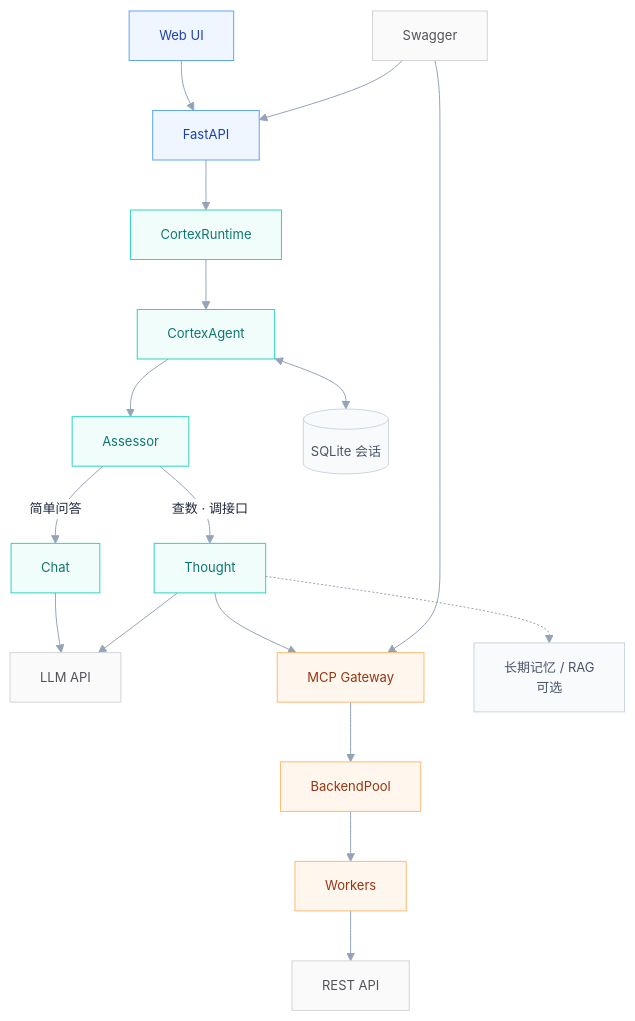
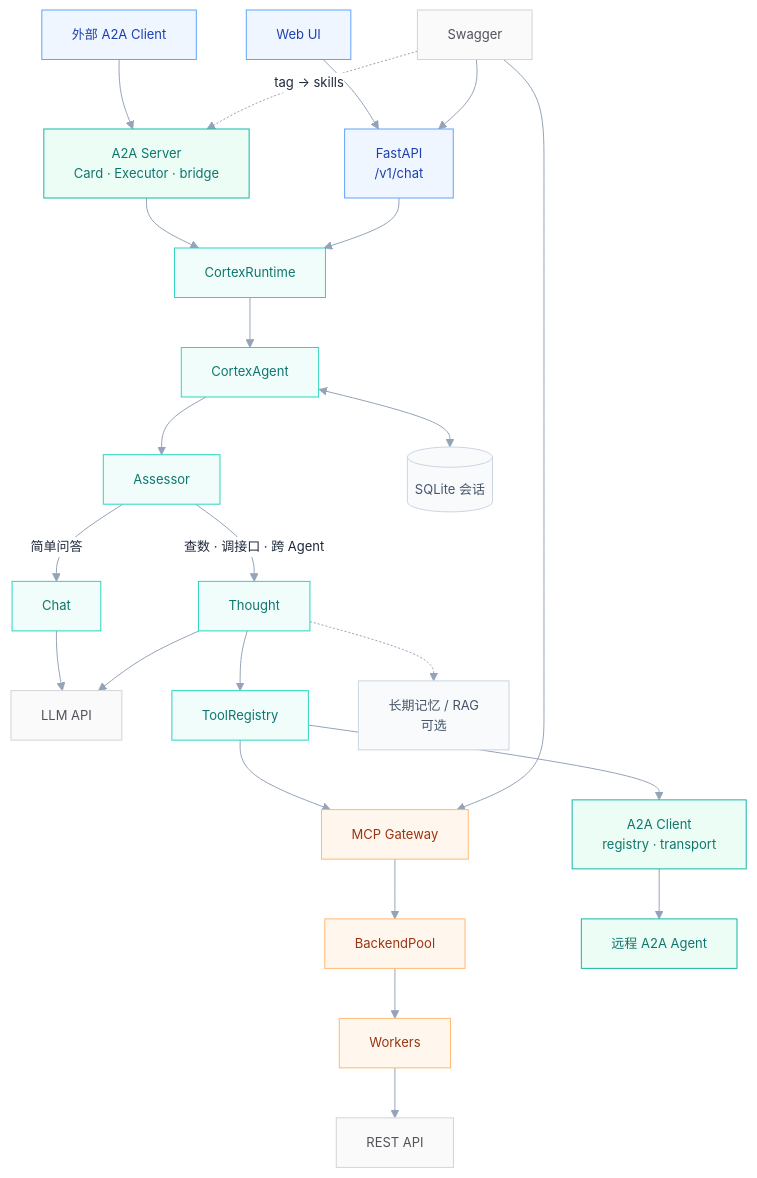
The second of 4 diagrams in docs/Hubloom总体架构图.md (Zhong-y-j/Hubloom), drawn with Mermaid before and after one commit. The commit also changed other lines of this file and 19 other files, not shown here.

````diff
--- a/docs/Hubloom总体架构图.md
+++ b/docs/Hubloom总体架构图.md
@@ -57,32 +67,39 @@
 ```mermaid
 %%{init: {"theme":"base","themeVariables":{"background":"#ffffff","primaryColor":"#ffffff","primaryBorderColor":"#cbd5e1","primaryTextColor":"#1e293b","lineColor":"#94a3b8","fontSize":"13px"}}}%%
 flowchart TB
-    UI["Web UI"] --> API["FastAPI"]
+    UI["Web UI"] --> API["FastAPI<br/>/v1/chat"]
+    EXT["外部 A2A Client"] --> A2AS["A2A Server<br/>Card · Executor · bridge"]
+    A2AS --> RT
     API --> RT["CortexRuntime"] --> AG["CortexAgent"] --> AS["Assessor"]
 
     AS -->|简单问答| CH["Chat"]
-    AS -->|查数 · 调接口| TH["Thought"]
+    AS -->|查数 · 调接口 · 跨 Agent| TH["Thought"]
 
     CH --> LLM["LLM API"]
     TH --> LLM
 
-    TH --> GW["MCP Gateway"] --> POOL["BackendPool"] --> WK["Workers"] --> REST["REST API"]
+    TH --> TOOLS["ToolRegistry"]
+    TOOLS --> GW["MCP Gateway"] --> POOL["BackendPool"] --> WK["Workers"] --> REST["REST API"]
+    TOOLS --> A2AC["A2A Client<br/>registry · transport"] --> RA["远程 A2A Agent"]
 
     AG <--> SQL[("SQLite 会话")]
     TH -.-> MEM["长期记忆 / RAG<br/>可选"]
 
     SW["Swagger"] --> API
     SW --> GW
+    SW -.->|"tag → skills"| A2AS
 
     classDef entry fill:#eff6ff,stroke:#60a5fa,color:#1e40af
     classDef orch fill:#f0fdfa,stroke:#2dd4bf,color:#0f766e
     classDef mcp fill:#fff7ed,stroke:#fdba74,color:#9a3412
+    classDef a2a fill:#ecfdf5,stroke:#14b8a6,color:#0f766e
     classDef store fill:#f8fafc,stroke:#cbd5e1,color:#475569
     classDef ext fill:#fafafa,stroke:#d4d4d8,color:#52525b
 
-    class UI,API entry
-    class RT,AG,AS,CH,TH orch
+    class UI,API,EXT entry
+    class RT,AG,AS,CH,TH,TOOLS orch
     class GW,POOL,WK mcp
+    class A2AS,A2AC,RA a2a
     class SQL,MEM store
     class LLM,SW,REST ext
 ```
````
